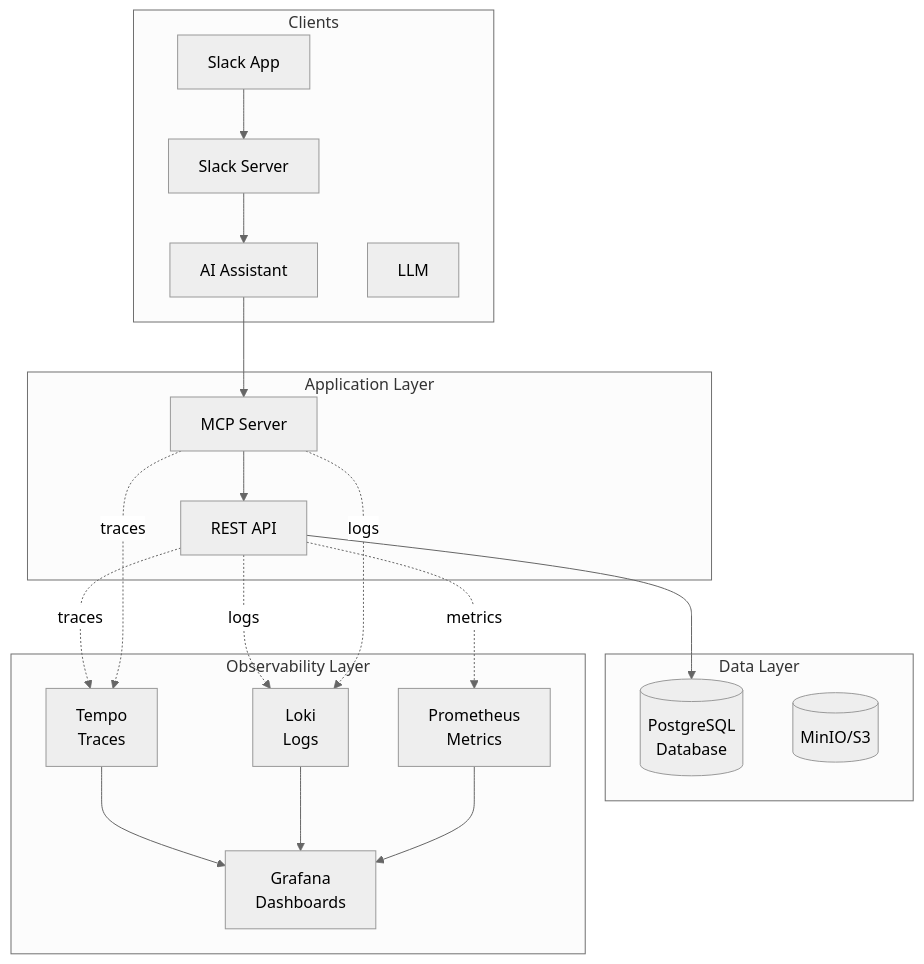
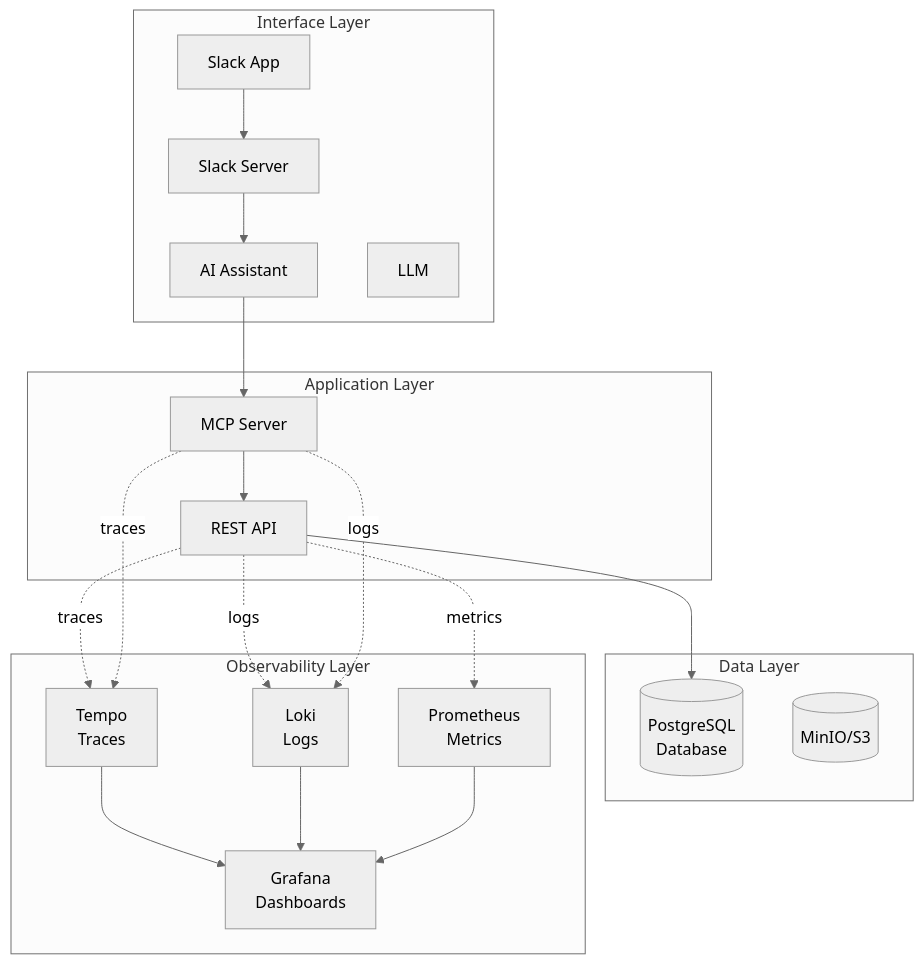
Before and after one commit to scottseotech/todo-platform: the diagram in docs/docs/architecture/overview.md, drawn with Mermaid (neutral theme). The commit also changed other lines of this file, not shown here.

Commit message:
fix: updating arch overview

````diff
--- a/docs/docs/architecture/overview.md
+++ b/docs/docs/architecture/overview.md
@@ -10,59 +10,59 @@
 ```mermaid
 graph TB
-    subgraph "Clients"
+    subgraph "Interface Layer"
         SU[Slack App]
         SS[Slack Server]
         AI[AI Assistant]
         AM[LLM]
     end
 
     subgraph "Application Layer"
         MCP[MCP Server]
         API[REST API]
     end
 
     subgraph "Data Layer"
         PG[(PostgreSQL<br/>Database)]
         MIN[(MinIO/S3)]
     end
 
     subgraph "Observability Layer"
         Tempo[Tempo<br/>Traces]
         Loki[Loki<br/>Logs]
         Prom[Prometheus<br/>Metrics]
         Graf[Grafana<br/>Dashboards]
     end
 
     SU --> SS
 
     SS --> AI
     AI --> MCP
     MCP --> API
     API --> PG
 
     API -.traces.-> Tempo
     MCP -.traces.-> Tempo
     API -.logs.-> Loki
     MCP -.logs.-> Loki
     API -.metrics.-> Prom
 
     Tempo --> Graf
     Loki --> Graf
     Prom --> Graf
 
     click MCP "/architecture/overview/#todo-mcp-server" "tool tip"
     click API "/architecture/overview/#todo-rest-api" "tool tip"
 
-    click SU "/architecture/overview/#clients" "tool tip"
-    click SS "/architecture/overview/#clients" "tool tip"
-    click AI "/architecture/overview/#clients" "tool tip"
-    click AM "/architecture/overview/#clients" "tool tip"
+    click SU "/architecture/overview/#interface-layer" "tool tip"
+    click SS "/architecture/overview/#interface-layer" "tool tip"
+    click AI "/architecture/overview/#interface-layer" "tool tip"
+    click AM "/architecture/overview/#interface-layer" "tool tip"
 
     click PG "/architecture/overview/#postgresql-database" "tool tip"
     click MIN "/architecture/overview/#minio-s3" "tool tip"
 
     click Tempo "/architecture/overview/#tempo-traces" "tool tip"
     click Loki "/architecture/overview/#loki-logs" "tool tip"
     click Prom "/architecture/overview/#prometheus-metrics" "tool tip"
     click Graf "/architecture/overview/#grafana-dashboard" "tool tip"
 ```
````
